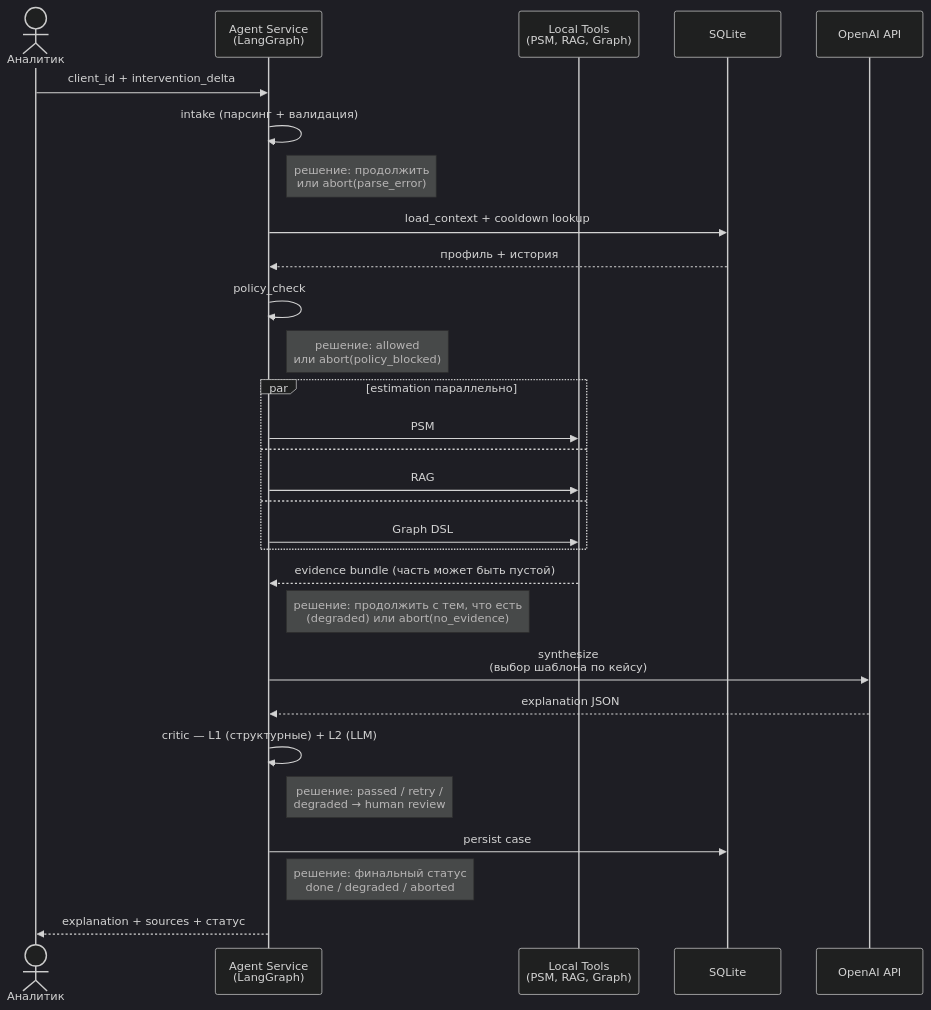
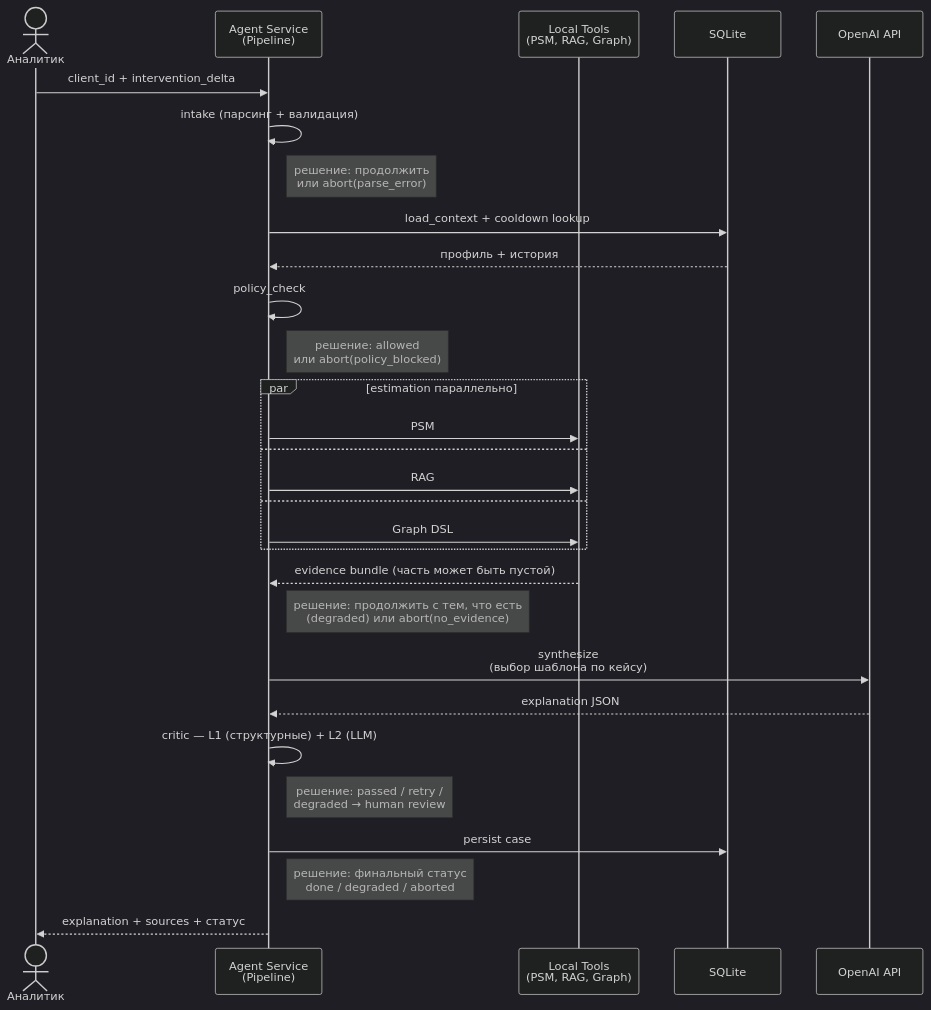
The diagram in docs/diagrams/sequence-happy-path.md (alllyuk/uplift-agent), drawn with Mermaid (dark theme) before and after one commit. The commit also changed 14 other files, not shown here.

````diff
--- a/docs/diagrams/sequence-happy-path.md
+++ b/docs/diagrams/sequence-happy-path.md
@@ -7,39 +7,39 @@
 ```mermaid
 sequenceDiagram
     actor Analyst as Аналитик
-    participant Agent as Agent Service<br/>(LangGraph)
+    participant Agent as Agent Service<br/>(Pipeline)
     participant Tools as Local Tools<br/>(PSM, RAG, Graph)
     participant DB as SQLite
     participant LLM as OpenAI API
 
     Analyst->>Agent: client_id + intervention_delta
 
     Agent->>Agent: intake (парсинг + валидация)
     Note right of Agent: решение: продолжить<br/>или abort(parse_error)
 
     Agent->>DB: load_context + cooldown lookup
     DB-->>Agent: профиль + история
     Agent->>Agent: policy_check
     Note right of Agent: решение: allowed<br/>или abort(policy_blocked)
 
     par estimation параллельно
         Agent->>Tools: PSM
     and
         Agent->>Tools: RAG
     and
         Agent->>Tools: Graph DSL
     end
     Tools-->>Agent: evidence bundle (часть может быть пустой)
     Note right of Agent: решение: продолжить с тем, что есть<br/>(degraded) или abort(no_evidence)
 
     Agent->>LLM: synthesize<br/>(выбор шаблона по кейсу)
     LLM-->>Agent: explanation JSON
 
     Agent->>Agent: critic — L1 (структурные) + L2 (LLM)
     Note right of Agent: решение: passed / retry /<br/>degraded → human review
 
     Agent->>DB: persist case
     Note right of Agent: решение: финальный статус<br/>done / degraded / aborted
 
     Agent-->>Analyst: explanation + sources + статус
 ```
````
